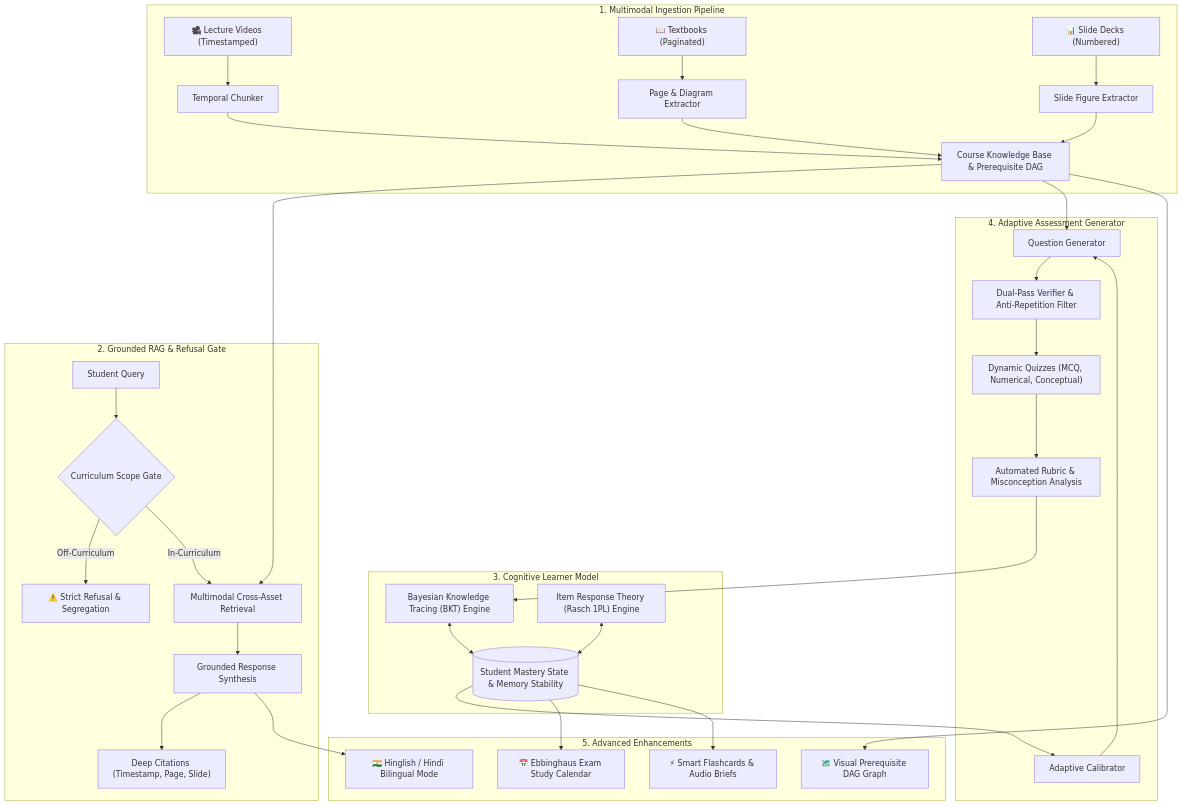
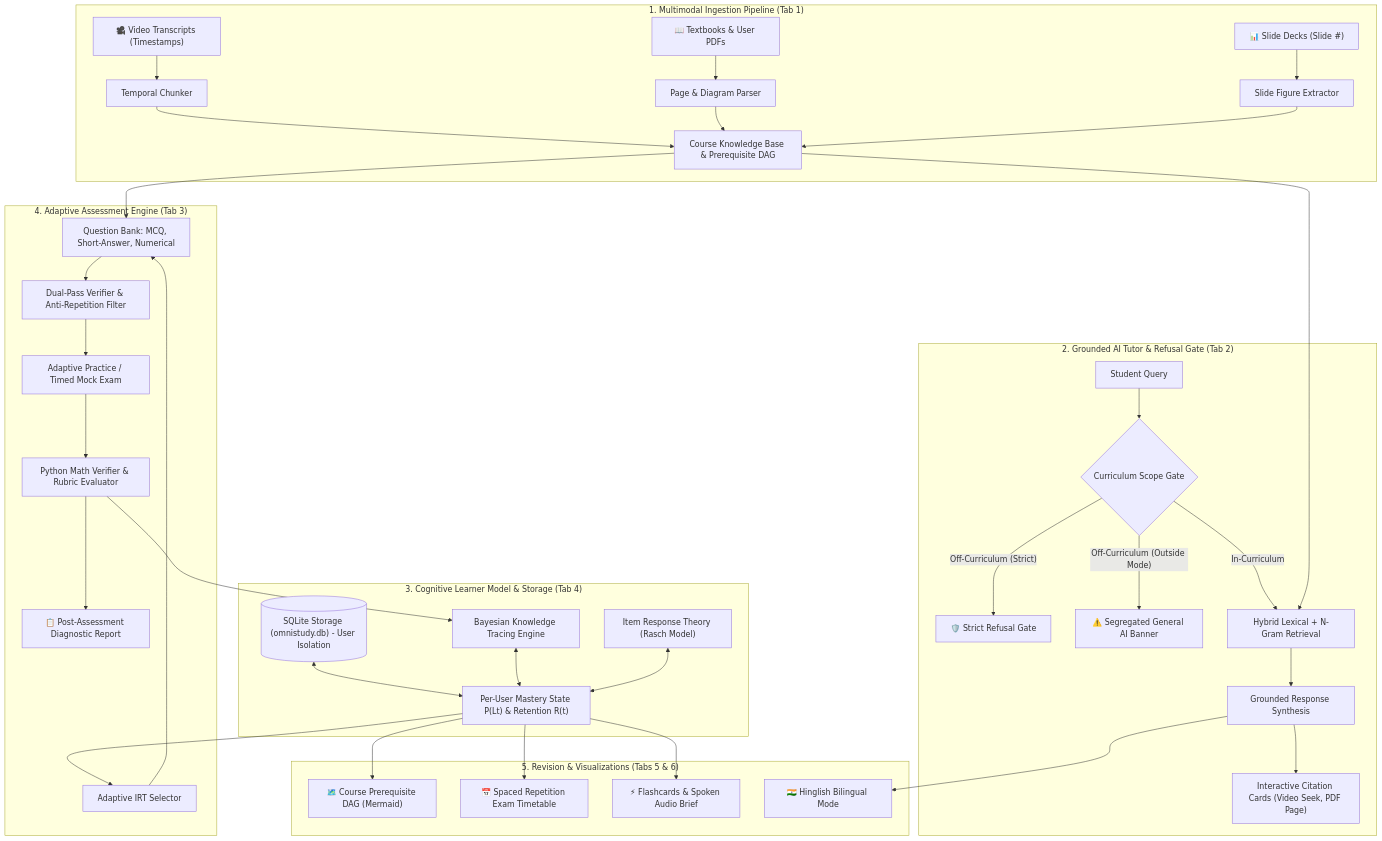
Before and after one commit to praveenregar30/omnistudy-ai: the diagram in README.md, drawn with Mermaid. The commit also changed other lines of this file and 11 other files, not shown here.

Commit message:
feat(peak): add SQLite user data isolation, multi-format assessments (MCQ, short-answer, numerical), timed mock exam with diagnostics, 60-query RAGAS benchmarks, and reorganize UI with multimodal ingestion first

````diff
--- a/README.md
+++ b/README.md
@@ -30,43 +36,47 @@
 ```mermaid
 flowchart TD
-    subgraph Ingestion ["1. Multimodal Ingestion Pipeline"]
-        V["🎥 Lecture Videos (Timestamped)"] --> VI[Temporal Chunker]
-        P["📖 Textbooks (Paginated)"] --> PI[Page & Diagram Extractor]
-        S["📊 Slide Decks (Numbered)"] --> SI[Slide Figure Extractor]
+    subgraph Ingestion ["1. Multimodal Ingestion Pipeline (Tab 1)"]
+        V["🎥 Video Transcripts (Timestamps)"] --> VI[Temporal Chunker]
+        P["📖 Textbooks & User PDFs"] --> PI[Page & Diagram Parser]
+        S["📊 Slide Decks (Slide #)"] --> SI[Slide Figure Extractor]
         VI & PI & SI --> KBE[Course Knowledge Base & Prerequisite DAG]
     end
 
-    subgraph Grounding ["2. Grounded RAG & Refusal Gate"]
+    subgraph Grounding ["2. Grounded AI Tutor & Refusal Gate (Tab 2)"]
         Q["Student Query"] --> RG{Curriculum Scope Gate}
-        RG -- "Off-Curriculum" --> REF["⚠️ Strict Refusal & Segregation"]
-        RG -- "In-Curriculum" --> RET[Multimodal Cross-Asset Retrieval]
+        RG -- "Off-Curriculum (Strict)" --> REF["🛡️ Strict Refusal Gate"]
+        RG -- "Off-Curriculum (Outside Mode)" --> OUT["⚠️ Segregated General AI Banner"]
+        RG -- "In-Curriculum" --> RET[Hybrid Lexical + N-Gram Retrieval]
         KBE --> RET
         RET --> GEN[Grounded Response Synthesis]
-        GEN --> CIT["Deep Citations (Timestamp, Page, Slide)"]
+        GEN --> CIT["Interactive Citation Cards (Video Seek, PDF Page)"]
     end
 
-    subgraph Learner ["3. Cognitive Learner Model"]
-        BKT["Bayesian Knowledge Tracing (BKT) Engine"]
-        IRT["Item Response Theory (Rasch 1PL) Engine"]
-        MEM[("Student Mastery State & Memory Stability")]
+    subgraph Learner ["3. Cognitive Learner Model & Storage (Tab 4)"]
+        DB[("SQLite Storage (omnistudy.db) - User Isolation")]
+        BKT["Bayesian Knowledge Tracing Engine"]
+        IRT["Item Response Theory (Rasch Model)"]
+        MEM["Per-User Mastery State P(Lt) & Retention R(t)"]
+        DB <--> MEM
         BKT <--> MEM
         IRT <--> MEM
     end
 
-    subgraph Assessment ["4. Adaptive Assessment Generator"]
-        MEM --> ADAP[Adaptive Calibrator]
-        ADAP --> QG[Question Generator]
+    subgraph Assessment ["4. Adaptive Assessment Engine (Tab 3)"]
+        MEM --> ADAP[Adaptive IRT Selector]
+        ADAP --> QG[Question Bank: MCQ, Short-Answer, Numerical]
         KBE --> QG
         QG --> VAL["Dual-Pass Verifier & Anti-Repetition Filter"]
-        VAL --> QUIZ["Dynamic Quizzes (MCQ, Numerical, Conceptual)"]
-        QUIZ --> EVAL["Automated Rubric & Misconception Analysis"]
+        VAL --> QUIZ["Adaptive Practice / Timed Mock Exam"]
+        QUIZ --> EVAL["Python Math Verifier & Rubric Evaluator"]
+        EVAL --> DIAG["📋 Post-Assessment Diagnostic Report"]
         EVAL --> BKT
     end
 
-    subgraph Enhancements ["5. Advanced Enhancements"]
-        MEM --> SCHED["📅 Ebbinghaus Exam Study Calendar"]
-        MEM --> REV["⚡ Smart Flashcards & Audio Briefs"]
-        GEN --> HIN["🇮🇳 Hinglish / Hindi Bilingual Mode"]
-        KBE --> DAG_UI["🗺️ Visual Prerequisite DAG Graph"]
+    subgraph Enhancements ["5. Revision & Visualizations (Tabs 5 & 6)"]
+        MEM --> DAG_UI["🗺️ Course Prerequisite DAG (Mermaid)"]
+        MEM --> SCHED["📅 Spaced Repetition Exam Timetable"]
+        MEM --> REV["⚡ Flashcards & Spoken Audio Brief"]
+        GEN --> HIN["🇮🇳 Hinglish Bilingual Mode"]
     end
 ```
````
